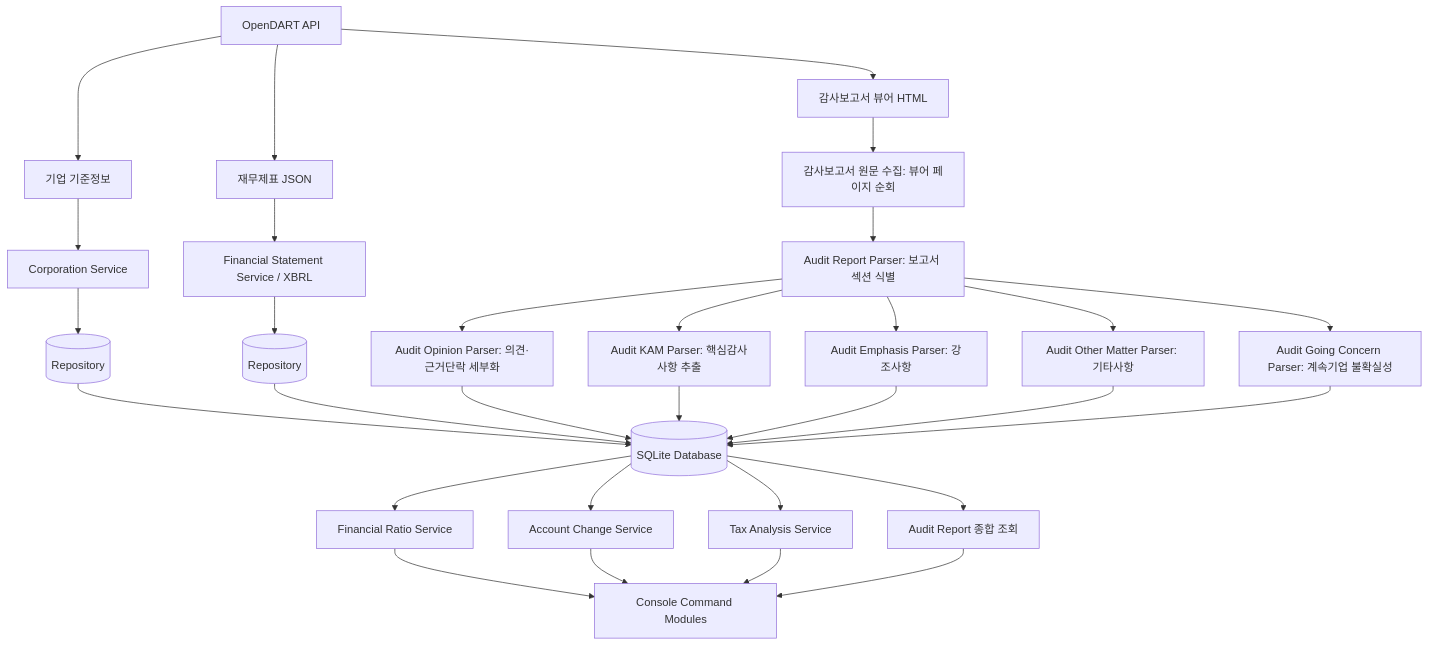
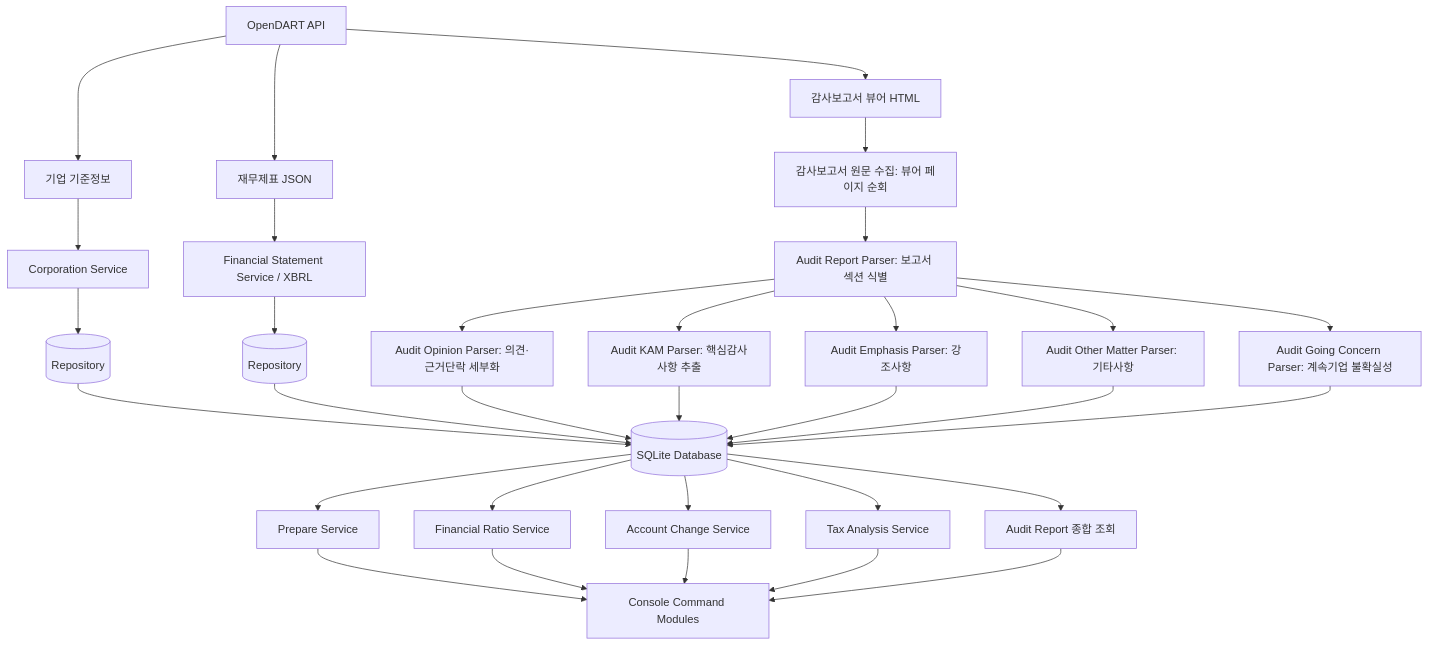
One commit to sangbongc/opendart-financial-analyzer changed the diagram in README.md. Above: the diagram before and after it, drawn with Mermaid. The commit also changed other lines of this file, not shown here.

````diff
--- a/README.md
+++ b/README.md
@@ -24,33 +25,35 @@
 ```mermaid
 flowchart TD
     A[OpenDART API] --> B[기업 기준정보]
     A --> C[재무제표 JSON]
     A --> D[감사보고서 뷰어 HTML]
 
     B --> B1[Corporation Service] --> R1[(Repository)]
     C --> C1[Financial Statement Service / XBRL] --> R2[(Repository)]
     D --> D1[감사보고서 원문 수집: 뷰어 페이지 순회] --> D2[Audit Report Parser: 보고서 섹션 식별]
     D2 --> D3[Audit Opinion Parser: 의견·근거단락 세부화]
     D2 --> D4[Audit KAM Parser: 핵심감사사항 추출]
     D2 --> D5[Audit Emphasis Parser: 강조사항]
     D2 --> D6[Audit Other Matter Parser: 기타사항]
     D2 --> D7[Audit Going Concern Parser: 계속기업 불확실성]
 
     R1 --> DB[(SQLite Database)]
     R2 --> DB
     D3 --> DB
     D4 --> DB
     D5 --> DB
     D6 --> DB
     D7 --> DB
 
-    DB --> E1[Financial Ratio Service]
-    DB --> E2[Account Change Service]
-    DB --> E3[Tax Analysis Service]
-    DB --> E4[Audit Report 종합 조회]
+    DB --> E1[Prepare Service]
+    DB --> E2[Financial Ratio Service]
+    DB --> E3[Account Change Service]
+    DB --> E4[Tax Analysis Service]
+    DB --> E5[Audit Report 종합 조회]
 
     E1 --> F[Console Command Modules]
     E2 --> F
     E3 --> F
     E4 --> F
+    E5 --> F
 ```
````
